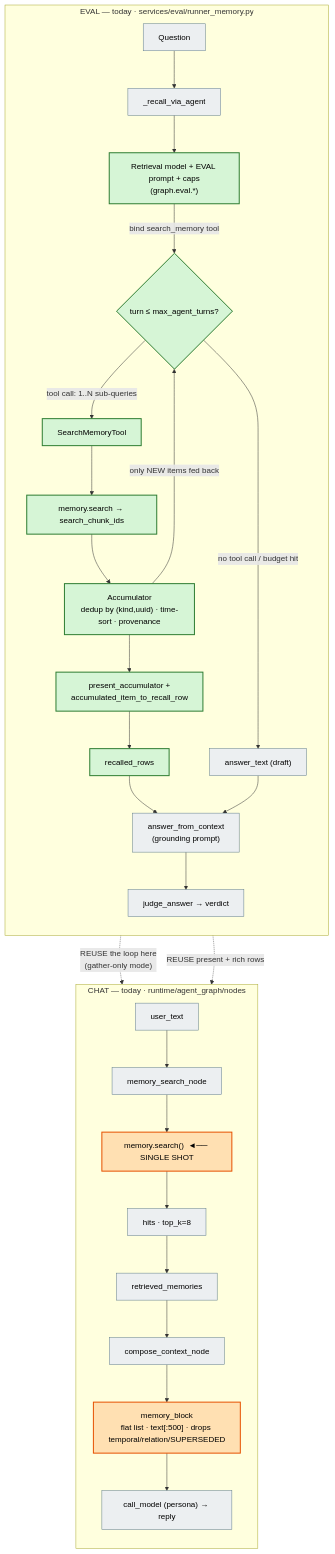
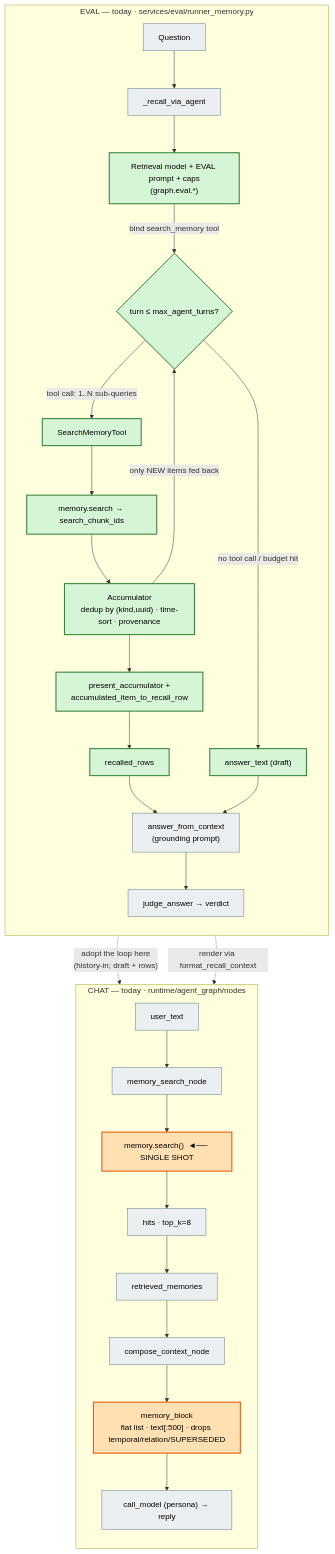
The first of 2 diagrams in docs/memory-eval-vs-chat-parity.md (hiro-league/hiroleague), drawn with Mermaid before and after one commit. The commit also changed other lines of this file and 51 other files, not shown here.

````diff
--- a/docs/memory-eval-vs-chat-parity.md
+++ b/docs/memory-eval-vs-chat-parity.md
@@ -29,43 +47,43 @@
 ```mermaid
 flowchart TB
     %% ================= EVAL today =================
     subgraph EVAL["EVAL — today · services/eval/runner_memory.py"]
         direction TB
         EQ["Question"] --> ERA["_recall_via_agent"]
         ERA --> LP["Retrieval model + EVAL prompt + caps<br/>(graph.eval.*)"]
         LP -->|"bind search_memory tool"| TURN{"turn ≤ max_agent_turns?"}
         TURN -->|"tool call: 1..N sub-queries"| SMT["SearchMemoryTool"]
         SMT --> MS1["memory.search → search_chunk_ids"]
         MS1 --> ACC["Accumulator<br/>dedup by (kind,uuid) · time-sort · provenance"]
         ACC -->|"only NEW items fed back"| TURN
         TURN -->|"no tool call / budget hit"| DRAFT["answer_text (draft)"]
         ACC --> PRES["present_accumulator +<br/>accumulated_item_to_recall_row"]
         PRES --> RR["recalled_rows"]
         RR --> AFC["answer_from_context<br/>(grounding prompt)"]
         DRAFT --> AFC
         AFC --> JUDGE["judge_answer → verdict"]
     end
 
     %% ================= CHAT today =================
     subgraph CHAT["CHAT — today · runtime/agent_graph/nodes"]
         direction TB
         CU["user_text"] --> MSN["memory_search_node"]
         MSN --> MS2["memory.search()  ◄── SINGLE SHOT"]
         MS2 --> HITS["hits · top_k=8"]
         HITS --> RM["retrieved_memories"]
         RM --> CC["compose_context_node"]
         CC --> MB["memory_block<br/>flat list · text[:500] · drops temporal/relation/SUPERSEDED"]
         MB --> PERSONA["call_model (persona) → reply"]
     end
 
     %% ============ reuse / insertion mapping ============
-    SMT -. "REUSE the loop here<br/>(gather-only mode)" .-> MS2
-    PRES -. "REUSE present + rich rows" .-> MB
+    SMT -. "adopt the loop here<br/>(history-in; draft + rows)" .-> MS2
+    PRES -. "render via format_recall_context" .-> MB
 
     classDef reuse fill:#d6f5d6,stroke:#2e7d32,stroke-width:2px,color:#000;
     classDef insert fill:#ffe0b2,stroke:#e65100,stroke-width:2px,color:#000;
     classDef unchanged fill:#eceff1,stroke:#607d8b,color:#000;
-    class LP,TURN,SMT,MS1,ACC,PRES,RR reuse;
+    class LP,TURN,SMT,MS1,ACC,PRES,RR,DRAFT reuse;
     class MS2,MB insert;
-    class CU,MSN,HITS,RM,CC,PERSONA,EQ,ERA,DRAFT,AFC,JUDGE unchanged;
+    class CU,MSN,HITS,RM,CC,PERSONA,EQ,ERA,AFC,JUDGE unchanged;
 ```
````
